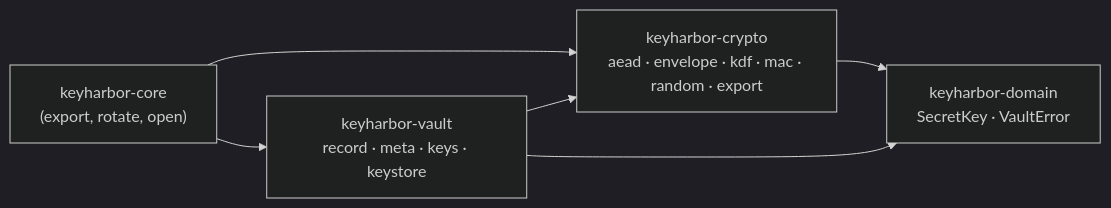
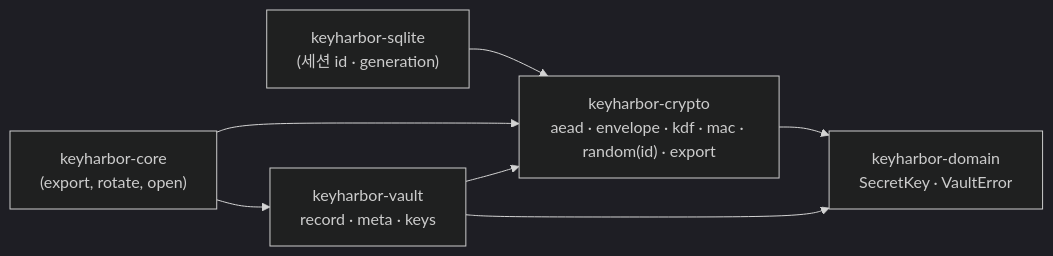
The diagram in docs/design/adr/0016-crypto-crate.md (LeeSwallow/KeyHarbor), drawn with Mermaid (dark theme) before and after one commit. The commit also changed other lines of this file and 71 other files, not shown here.

````diff
--- a/docs/design/adr/0016-crypto-crate.md
+++ b/docs/design/adr/0016-crypto-crate.md
@@ -30,8 +31,9 @@
 ```mermaid
 flowchart LR
-  core["keyharbor-core<br/>(export, rotate, open)"] --> vault["keyharbor-vault<br/>record · meta · keys · keystore"]
+  core["keyharbor-core<br/>(export, rotate, open)"] --> vault["keyharbor-vault<br/>record · meta · keys"]
+  sqlite["keyharbor-sqlite<br/>(세션 id · generation)"] --> crypto
   core --> crypto
-  vault --> crypto["keyharbor-crypto<br/>aead · envelope · kdf · mac · random · export"]
+  vault --> crypto["keyharbor-crypto<br/>aead · envelope · kdf · mac · random(id) · export"]
   crypto --> domain["keyharbor-domain<br/>SecretKey · VaultError"]
   vault --> domain
 ```
````
